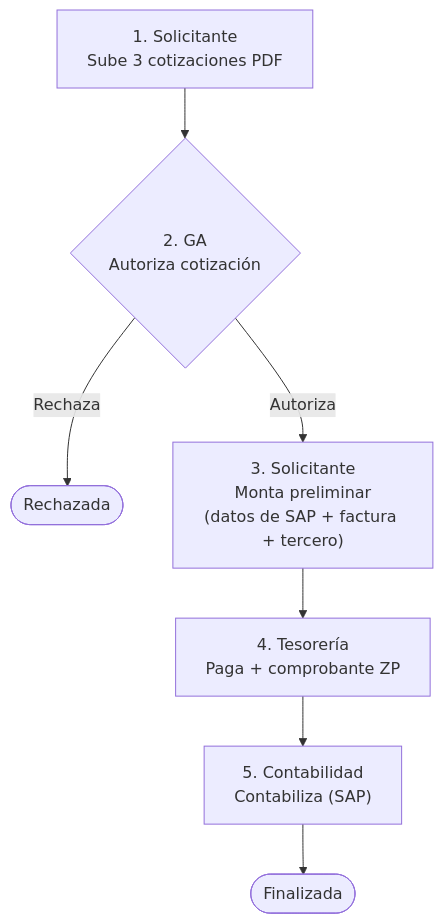
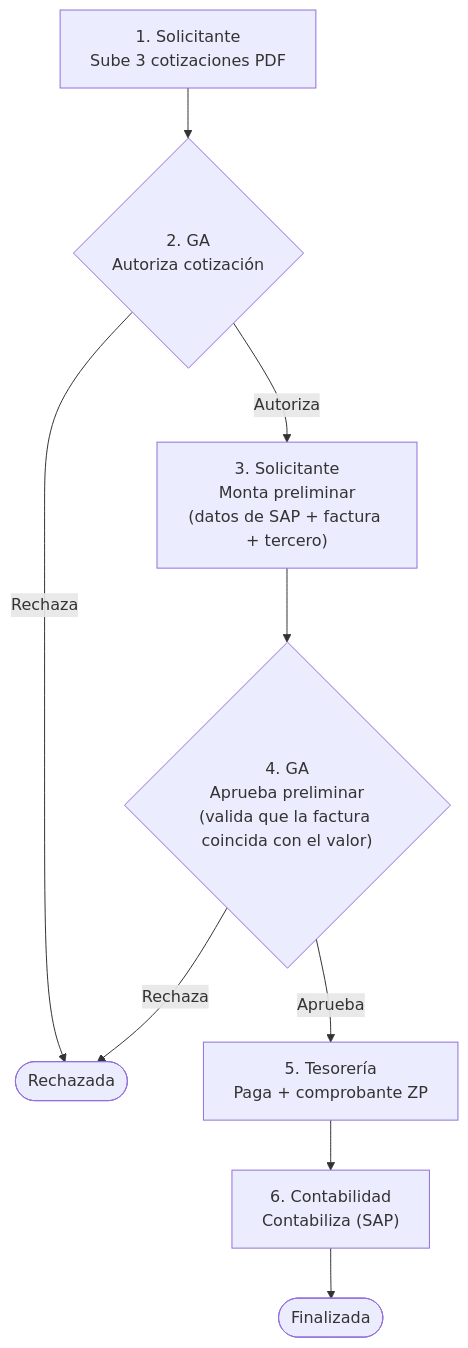
One commit to cesararr1108/control-gastos changed the fourth of 4 diagrams in docs/FLUJOS.md. Above: the diagram before and after it, drawn with Mermaid. The commit also changed other lines of this file and 1 other file, not shown here.

Commit message:
Cotizacion - preliminar: GA aprueba el preliminar antes del pago
Nuevo paso "Aprobar preliminar" (GA) entre montar el preliminar y el pago de tesorería.
gastos.sql lo incluye en instalaciones nuevas y lo agrega al flujo existente (migración idempotente).

Claude-Session: https://claude.ai/code/session_01VDYBD9prA6ZbGTTbjGzJYJ

````diff
--- a/docs/FLUJOS.md
+++ b/docs/FLUJOS.md
@@ -107,10 +107,13 @@
 ```mermaid
 flowchart TD
     A["1. Solicitante<br/>Sube 3 cotizaciones PDF"] --> B
     B{"2. GA<br/>Autoriza cotización"}
     B -- Rechaza --> X([Rechazada])
     B -- Autoriza --> C
     C["3. Solicitante<br/>Monta preliminar<br/>(datos de SAP + factura + tercero)"] --> D
-    D["4. Tesorería<br/>Paga + comprobante ZP"] --> E
-    E["5. Contabilidad<br/>Contabiliza (SAP)"] --> Z([Finalizada])
+    D{"4. GA<br/>Aprueba preliminar<br/>(valida que la factura coincida con el valor)"}
+    D -- Rechaza --> X
+    D -- Aprueba --> E
+    E["5. Tesorería<br/>Paga + comprobante ZP"] --> F
+    F["6. Contabilidad<br/>Contabiliza (SAP)"] --> Z([Finalizada])
 ```
````
